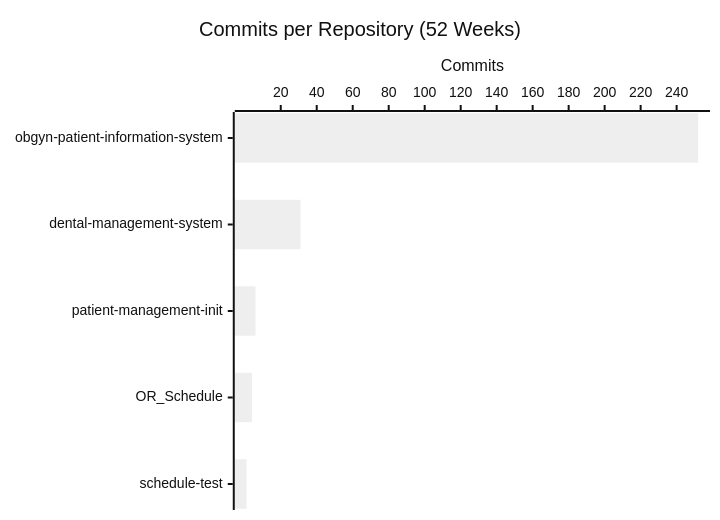
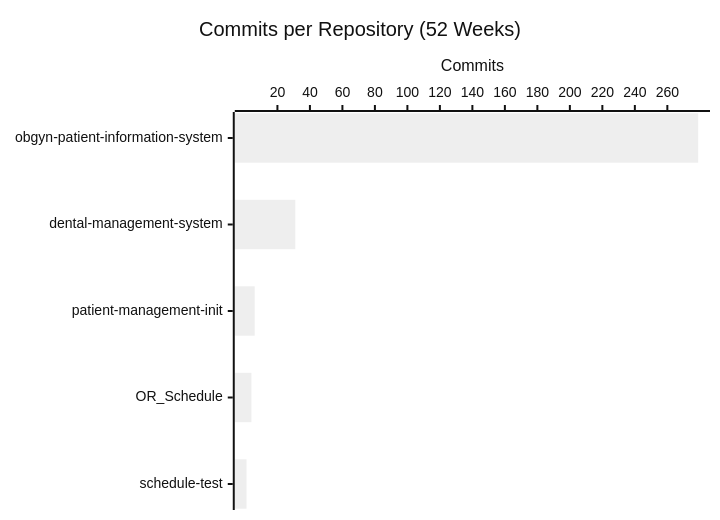
Before and after one commit to CSTH-Projects/.github: the second of 4 diagrams in profile/README.md, drawn with Mermaid (neutral theme). The commit also changed other lines of this file, not shown here.

````diff
--- a/profile/README.md
+++ b/profile/README.md
@@ -23,7 +23,7 @@
 ```mermaid
 xychart-beta horizontal
     title "Commits per Repository (52 Weeks)"
     x-axis ["obgyn-patient-information-system", "dental-management-system", "patient-management-init", "OR_Schedule", "schedule-test"]
     y-axis "Commits"
-    bar [252, 31, 6, 4, 1]
+    bar [279, 31, 6, 4, 1]
 ```
````
